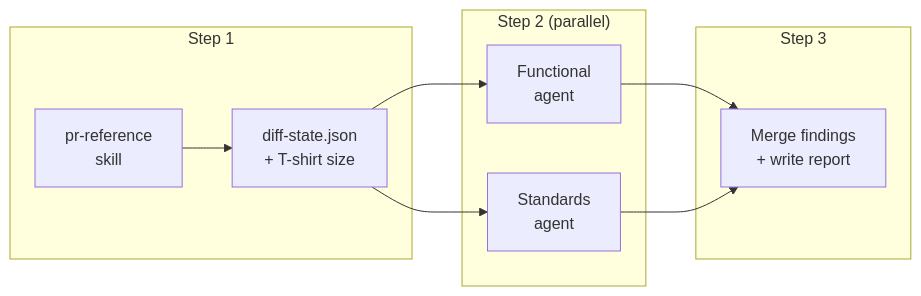
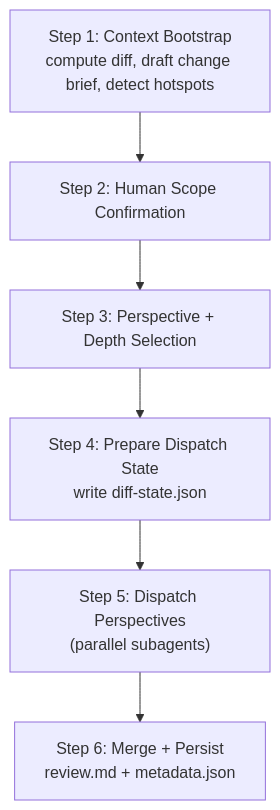
One commit to microsoft/hve-core changed the second of 2 diagrams in docs/agents/code-review/README.md. Above: the diagram before and after it, drawn with Mermaid. The commit also changed other lines of this file and 87 other files, not shown here.

First line of the commit message:
feat(agents): consolidate code-review agents into single human-gated orchestrator

````diff
--- a/docs/agents/code-review/README.md
+++ b/docs/agents/code-review/README.md
@@ -130,19 +121,11 @@
 ```mermaid
-flowchart LR
-  subgraph "Step 1"
-    A1["pr-reference<br/>skill"] --> A2["diff-state.json<br/>+ T-shirt size"]
-  end
+flowchart TD
+  S1["Step 1: Context Bootstrap<br/>compute diff, draft change brief, detect hotspots"]
+  S2["Step 2: Human Scope Confirmation"]
+  S3["Step 3: Perspective + Depth Selection"]
+  S4["Step 4: Prepare Dispatch State<br/>write diff-state.json"]
+  S5["Step 5: Dispatch Perspectives<br/>(parallel subagents)"]
+  S6["Step 6: Merge + Persist<br/>review.md + metadata.json"]
 
-  subgraph "Step 2 (parallel)"
-    B1["Functional<br/>agent"]
-    B2["Standards<br/>agent"]
-  end
-
-  subgraph "Step 3"
-    C1["Merge findings<br/>+ write report"]
-  end
-
-  A2 --> B1 & B2
-  B1 --> C1
-  B2 --> C1
+  S1 --> S2 --> S3 --> S4 --> S5 --> S6
 ```
````
